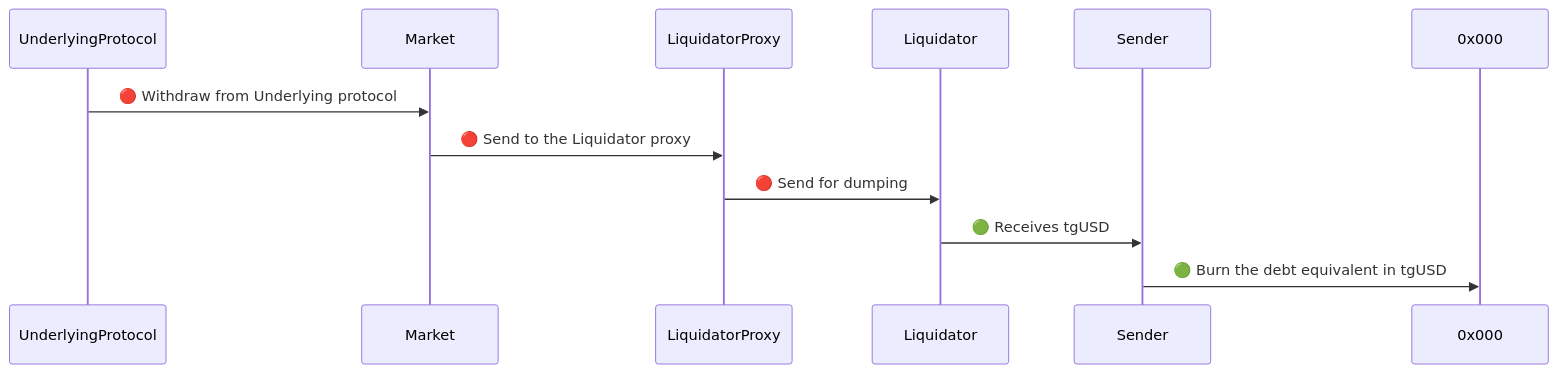
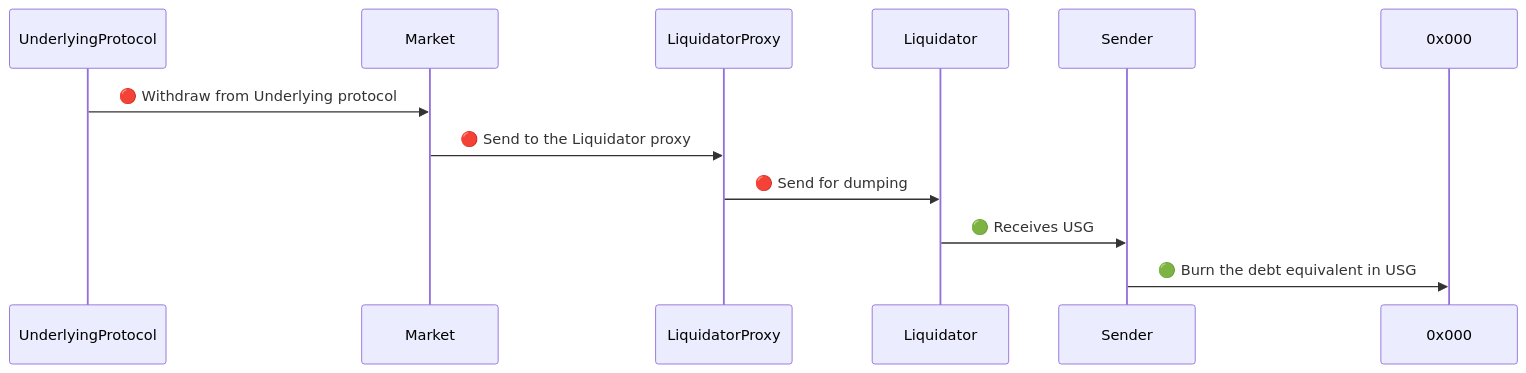
Before and after one commit to Tangent-labs/tangent-contracts: the first of 2 diagrams in documentation/features/Liquidations.md, drawn with Mermaid. The commit also changed other lines of this file and 271 other files, not shown here.

Commit message:
Rename tgUSD to USG, sgUSD to sUSG and rsTAN to vsTAN

````diff
--- a/documentation/features/Liquidations.md
+++ b/documentation/features/Liquidations.md
@@ -21,9 +21,9 @@
 ```mermaid
 sequenceDiagram
     UnderlyingProtocol->>Market:🔴 Withdraw from Underlying protocol
     Market->>LiquidatorProxy :🔴 Send to the Liquidator proxy
     LiquidatorProxy->>Liquidator : 🔴 Send for dumping
-    Liquidator->>Sender: 🟢 Receives tgUSD
-    Sender->> 0x000 : 🟢 Burn the debt equivalent in tgUSD
+    Liquidator->>Sender: 🟢 Receives USG
+    Sender->> 0x000 : 🟢 Burn the debt equivalent in USG
 
 ```
````
